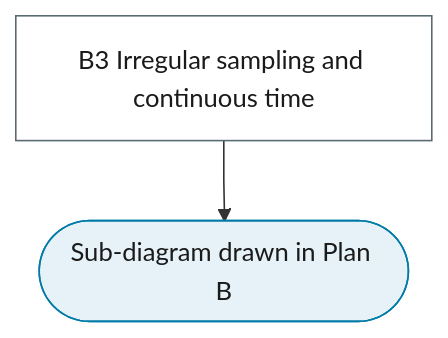
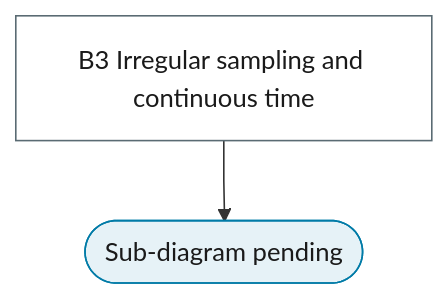
One commit to Shuxin-Y/time-series-analysis-manual changed the diagram in docs/reference/15-continuous-time/index.md. Above: the diagram before and after it, drawn with Mermaid. The commit also changed other lines of this file and 66 other files, not shown here.

````diff
--- a/docs/reference/15-continuous-time/index.md
+++ b/docs/reference/15-continuous-time/index.md
@@ -9,15 +7,15 @@
 ```mermaid
 %%{init: {"flowchart": {"curve": "linear"}}}%%
 graph TD
-    B3["B3 Irregular sampling and continuous time"] --> B3_PENDING(["Sub-diagram drawn in Plan B"])
+    B3["B3 Irregular sampling and continuous time"] --> B3_PENDING(["Sub-diagram pending"])
     class B3 process
     class B3_PENDING terminator
     classDef terminator fill:#E6F2F7,stroke:#007BA7,color:#1A1A1A;
     classDef process fill:#FFFFFF,stroke:#5A6B73,color:#1A1A1A;
     classDef decision fill:#EFE7F0,stroke:#9B7FA7,color:#1A1A1A;
     classDef data fill:#FFF4E0,stroke:#C9A55E,color:#1A1A1A;
     classDef good fill:#DCEFD8,stroke:#4A7A3F,color:#1A1A1A;
     classDef escalate fill:#FFE9C2,stroke:#C9A55E,color:#1A1A1A;
     classDef problem fill:#F2D9DE,stroke:#800020,color:#1A1A1A;
     classDef ref fill:#F7F7F7,stroke:#5A6B73,color:#1A1A1A,stroke-dasharray:4 3;
 ```
````
